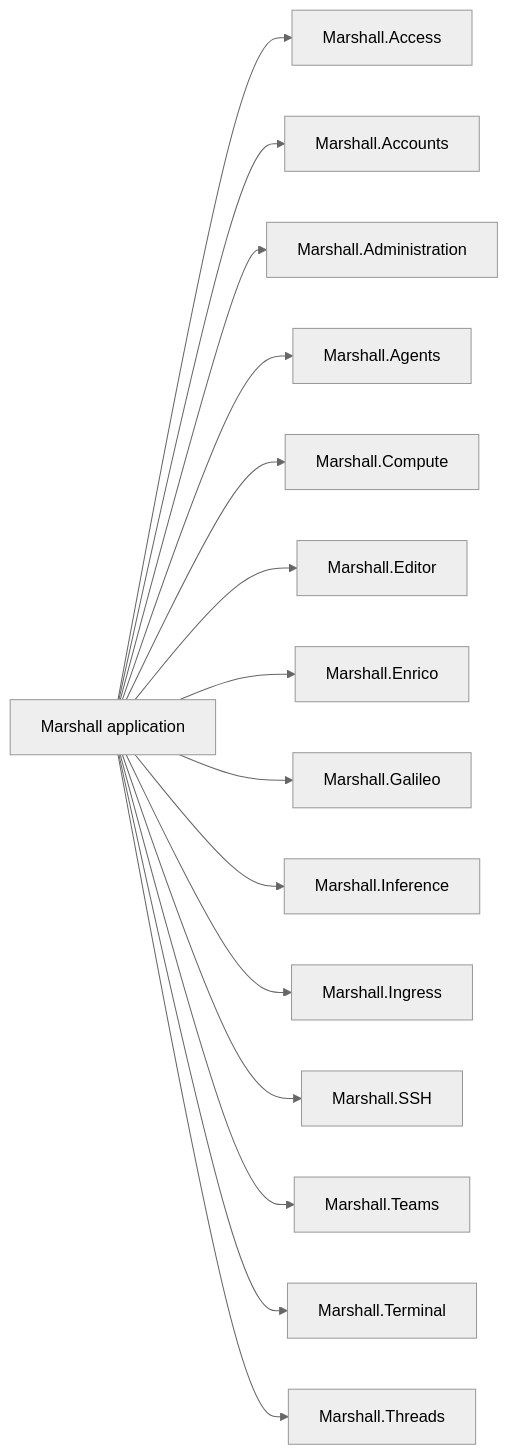
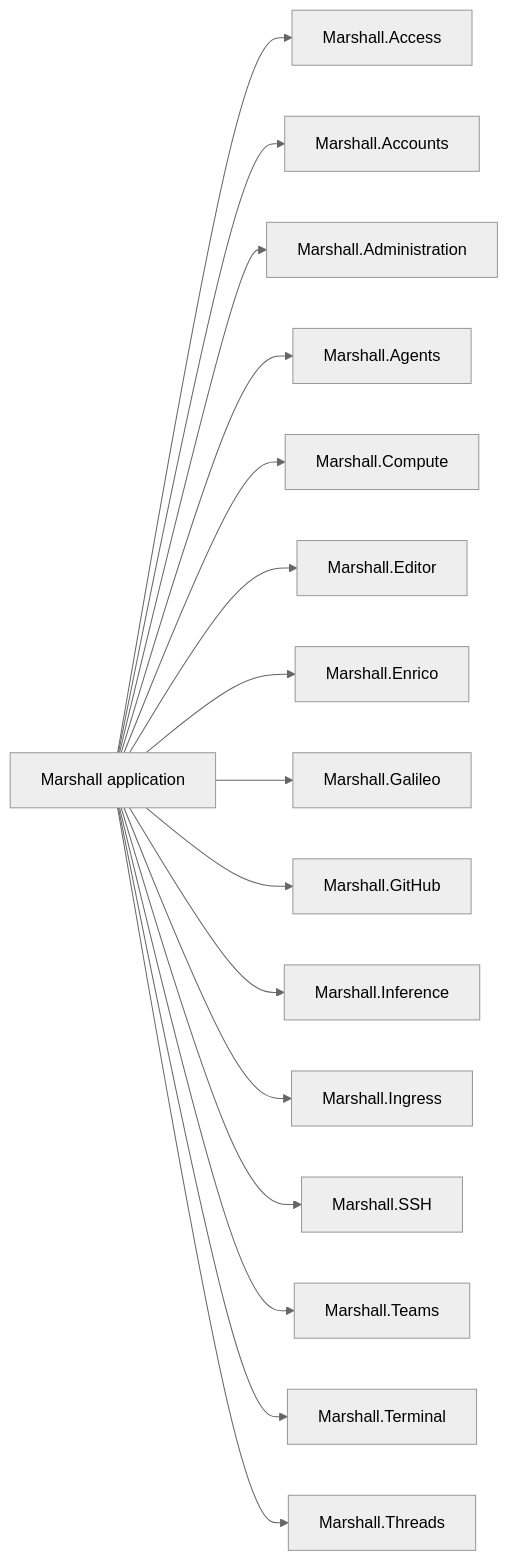
One commit to dlkeith-p-forks/overalls changed the fourth of 5 diagrams in marshall/priv/hldd/21-domains.md. Above: the diagram before and after it, drawn with Mermaid (neutral theme). The commit also changed other lines of this file and 224 other files, not shown here.

Commit message:
Add GitHub token revocation event

````diff
--- a/marshall/priv/hldd/21-domains.md
+++ b/marshall/priv/hldd/21-domains.md
@@ -133,18 +134,19 @@
 ```mermaid
 flowchart LR
   app["Marshall application"]
   app --> d0["Marshall.Access"]
   app --> d1["Marshall.Accounts"]
   app --> d2["Marshall.Administration"]
   app --> d3["Marshall.Agents"]
   app --> d4["Marshall.Compute"]
   app --> d5["Marshall.Editor"]
   app --> d6["Marshall.Enrico"]
   app --> d7["Marshall.Galileo"]
-  app --> d8["Marshall.Inference"]
-  app --> d9["Marshall.Ingress"]
-  app --> d10["Marshall.SSH"]
-  app --> d11["Marshall.Teams"]
-  app --> d12["Marshall.Terminal"]
-  app --> d13["Marshall.Threads"]
+  app --> d8["Marshall.GitHub"]
+  app --> d9["Marshall.Inference"]
+  app --> d10["Marshall.Ingress"]
+  app --> d11["Marshall.SSH"]
+  app --> d12["Marshall.Teams"]
+  app --> d13["Marshall.Terminal"]
+  app --> d14["Marshall.Threads"]
 ```
````
